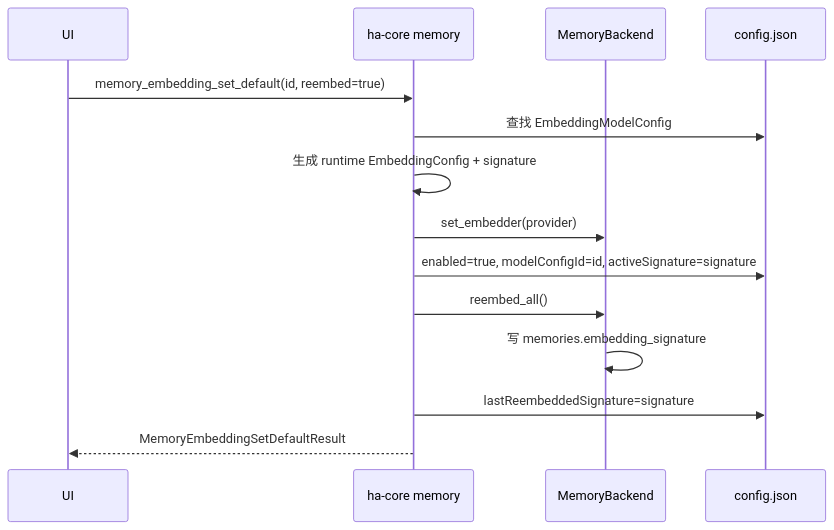
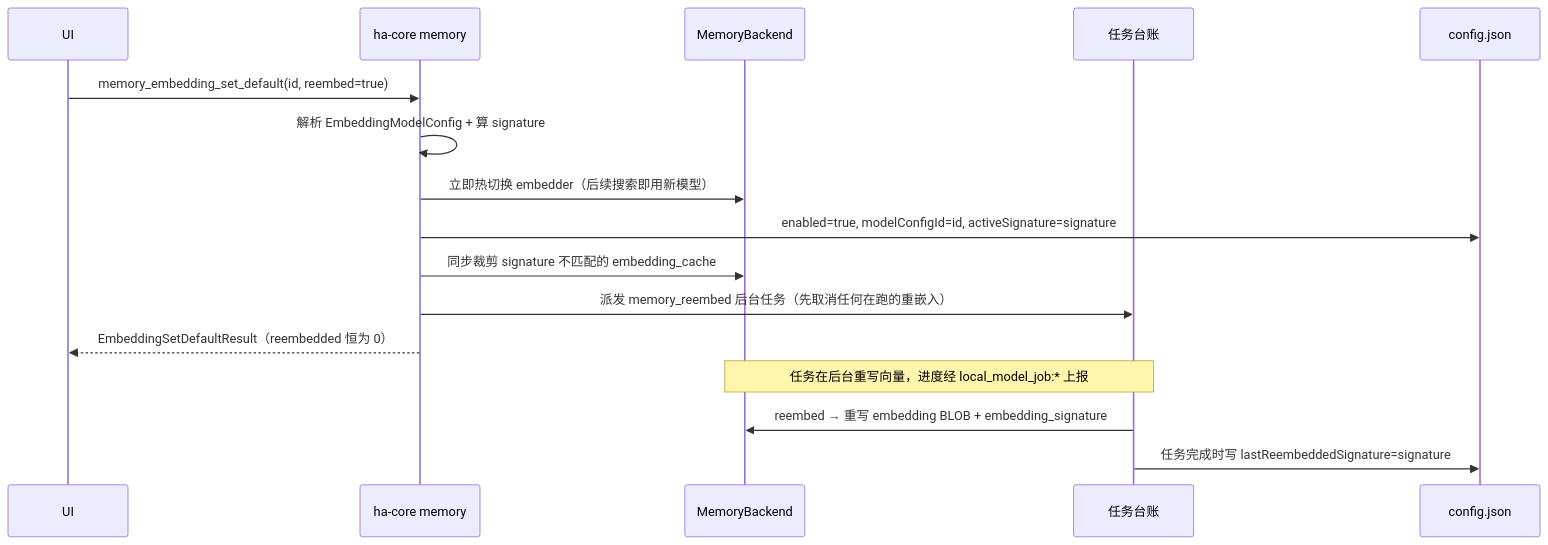
The seventh of 8 diagrams in docs/architecture/local-model-loading.md (shiwenwen/hope-agent), drawn with Mermaid before and after one commit. The commit also changed other lines of this file and 11 other files, not shown here.

First line of the commit message:
🦭docs: 第四批 12 篇按新标准重做（local-model-loading/context-compact/automation-model/artifacts/agent-config/plan-mode/hooks/goal/knowledge-base/agent-team/subagent/domain-workflow）

````diff
--- a/docs/architecture/local-model-loading.md
+++ b/docs/architecture/local-model-loading.md
@@ -331,17 +378,19 @@
 ```mermaid
 sequenceDiagram
   participant UI
   participant Core as ha-core memory
   participant Backend as MemoryBackend
+  participant Ledger as 任务台账
   participant Config as config.json
 
   UI->>Core: memory_embedding_set_default(id, reembed=true)
-  Core->>Config: 查找 EmbeddingModelConfig
-  Core->>Core: 生成 runtime EmbeddingConfig + signature
-  Core->>Backend: set_embedder(provider)
+  Core->>Core: 解析 EmbeddingModelConfig + 算 signature
+  Core->>Backend: 立即热切换 embedder（后续搜索即用新模型）
   Core->>Config: enabled=true, modelConfigId=id, activeSignature=signature
-  Core->>Backend: reembed_all()
-  Backend->>Backend: 写 memories.embedding_signature
-  Core->>Config: lastReembeddedSignature=signature
-  Core-->>UI: MemoryEmbeddingSetDefaultResult
+  Core->>Backend: 同步裁剪 signature 不匹配的 embedding_cache
+  Core->>Ledger: 派发 memory_reembed 后台任务（先取消任何在跑的重嵌入）
+  Core-->>UI: EmbeddingSetDefaultResult（reembedded 恒为 0）
+  Note over Ledger,Backend: 任务在后台重写向量，进度经 local_model_job:* 上报
+  Ledger->>Backend: reembed → 重写 embedding BLOB + embedding_signature
+  Ledger->>Config: 任务完成时写 lastReembeddedSignature=signature
 ```
````
